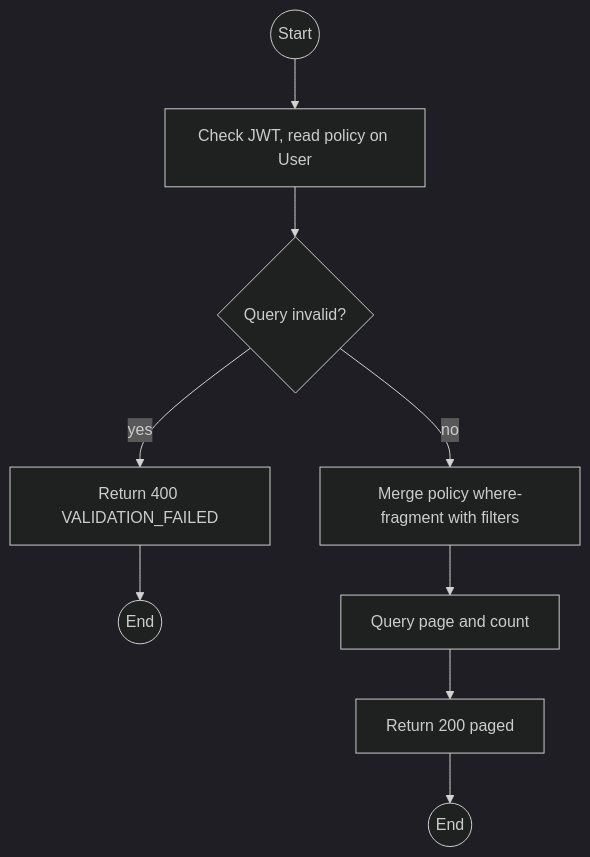
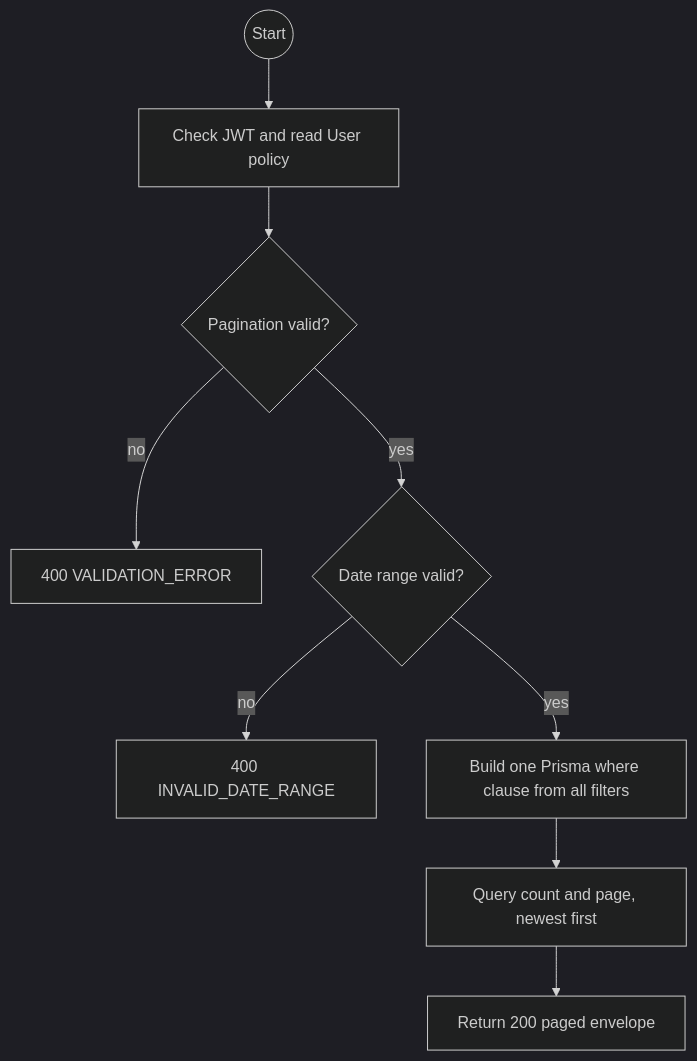
Before and after one commit to TrekLink-Team/treklink-web: the first of 2 diagrams in specs/auth/api-design/11-get-users-list.md, drawn with Mermaid (dark theme). The commit also changed other lines of this file and 13 other files, not shown here.

````diff
--- a/specs/auth/api-design/11-get-users-list.md
+++ b/specs/auth/api-design/11-get-users-list.md
@@ -136,18 +93,11 @@
 ```mermaid
 flowchart TB
-    S((Start))
-    A1["Check JWT, read policy on User"]
-    S --> A1
-    D2{"Query invalid?"}
-    A1 --> D2
-    E2["Return 400 VALIDATION_FAILED"]
-    D2 -->|yes| E2
-    E2 --> X2((End))
-    A3["Merge policy where-fragment with filters"]
-    D2 -->|no| A3
-    A4["Query page and count"]
-    A3 --> A4
-    OK["Return 200 paged"]
-    A4 --> OK
-    OK --> Z((End))
+    S((Start)) --> G[Check JWT and read User policy]
+    G --> P{Pagination valid?}
+    P -->|no| E1[400 VALIDATION_ERROR]
+    P -->|yes| D{Date range valid?}
+    D -->|no| E2[400 INVALID_DATE_RANGE]
+    D -->|yes| Q[Build one Prisma where clause from all filters]
+    Q --> L[Query count and page, newest first]
+    L --> O[Return 200 paged envelope]
 ```
````
